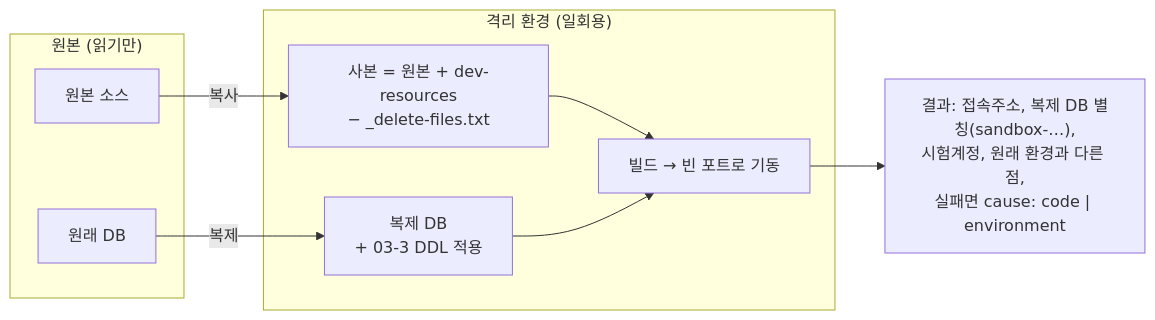
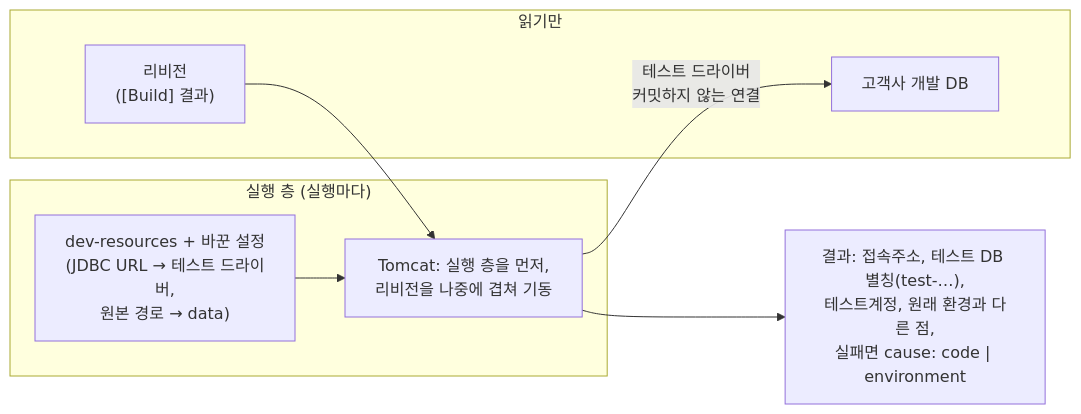
Diagram 16 of 24 in docs/09.dstone-ai-engine-sm-workflow.md (YongSoekChoeng/dstone), drawn with Mermaid before and after one commit. The commit also changed other lines of this file and 55 other files, not shown here.

````diff
--- a/docs/09.dstone-ai-engine-sm-workflow.md
+++ b/docs/09.dstone-ai-engine-sm-workflow.md
@@ -1198,17 +1229,15 @@
 ```mermaid
 flowchart LR
-    subgraph SRC["원본 (읽기만)"]
-        O1["원본 소스"]
-        O2["원래 DB"]
+    subgraph SRC["읽기만"]
+        O1["리비전<br/>([Build] 결과)"]
+        O2["고객사 개발 DB"]
     end
-    subgraph SB["격리 환경 (일회용)"]
-        C1["사본 = 원본 + dev-resources<br/>− _delete-files.txt"]
-        C2["복제 DB<br/>+ 03-3 DDL 적용"]
-        C3["빌드 → 빈 포트로 기동"]
+    subgraph RUN["실행 층 (실행마다)"]
+        C1["dev-resources + 바꾼 설정<br/>(JDBC URL → 테스트 드라이버,<br/>원본 경로 → data)"]
+        C3["Tomcat: 실행 층을 먼저,<br/>리비전을 나중에 겹쳐 기동"]
         C1 --> C3
-        C2 --> C3
     end
-    O1 -->|복사| C1
-    O2 -->|복제| C2
-    C3 --> R["결과: 접속주소, 복제 DB 별칭(sandbox-…),<br/>시험계정, 원래 환경과 다른 점,<br/>실패면 cause: code | environment"]
+    O1 --> C3
+    C3 -->|"테스트 드라이버<br/>커밋하지 않는 연결"| O2
+    C3 --> R["결과: 접속주소, 테스트 DB 별칭(test-…),<br/>테스트계정, 원래 환경과 다른 점,<br/>실패면 cause: code | environment"]
 ```
````
